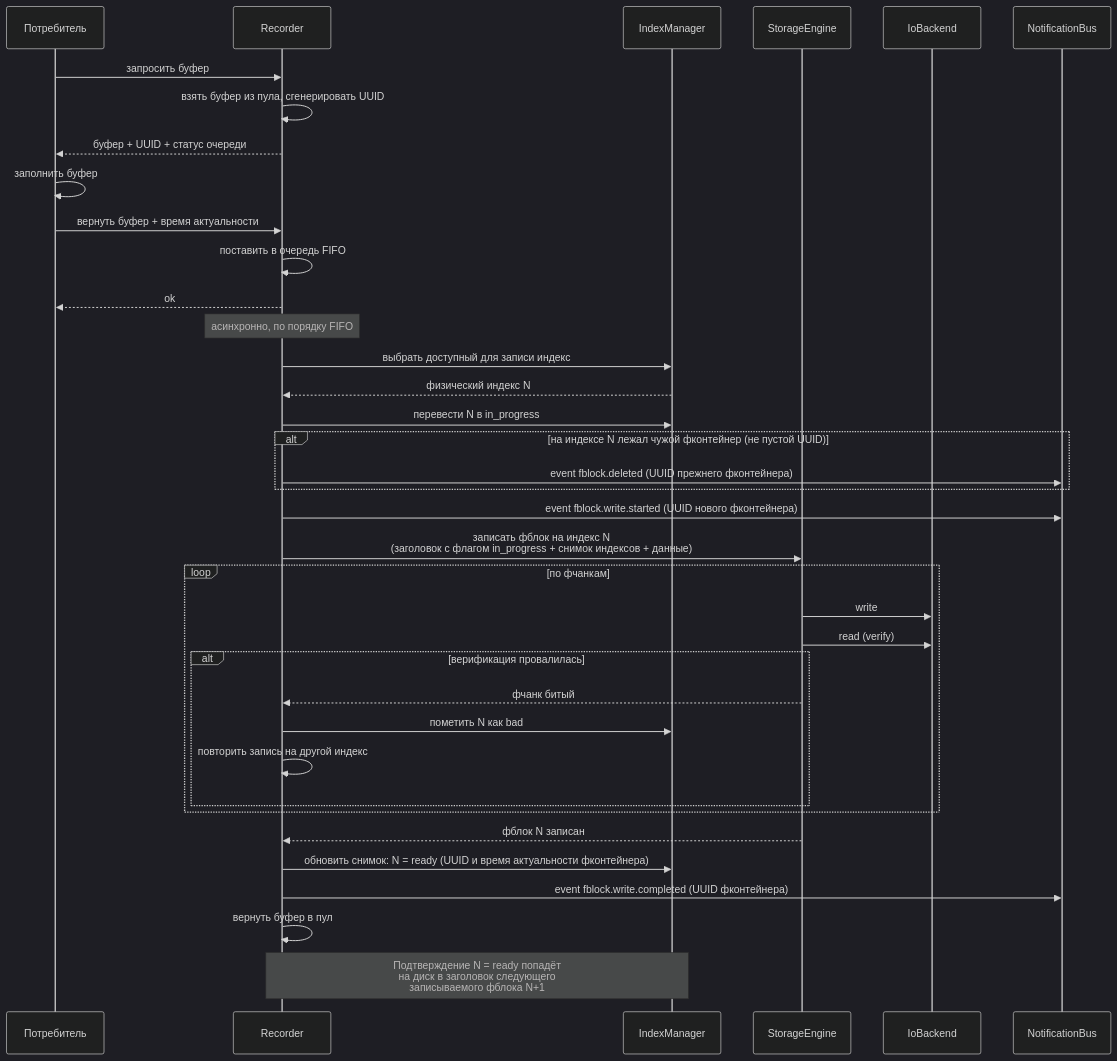
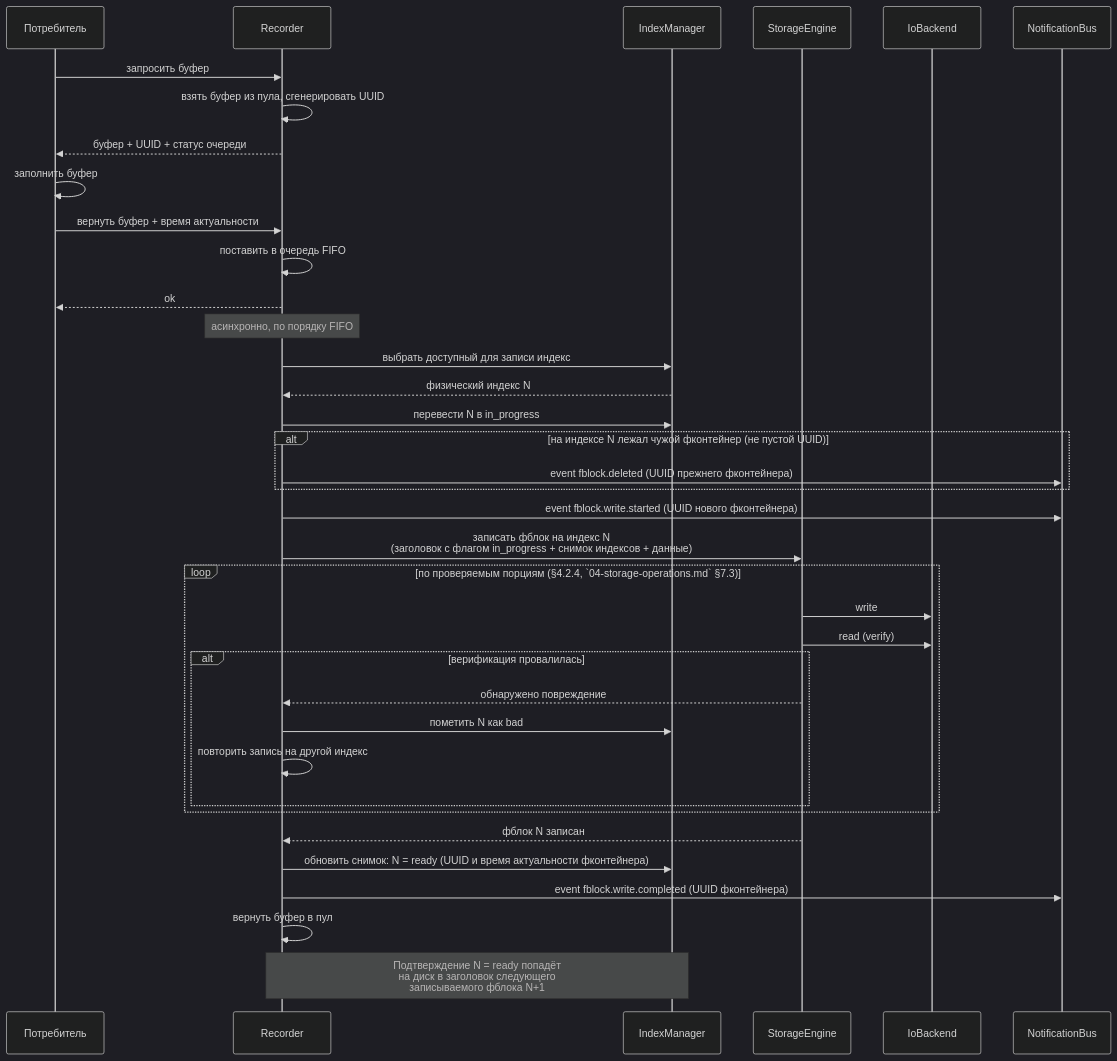
Before and after one commit to traycers/farc: the fifth of 6 diagrams in docs/docs/archive/02-storage.md, drawn with Mermaid (dark theme). The commit also changed other lines of this file and 6 other files, not shown here.

````diff
--- a/docs/docs/archive/02-storage.md
+++ b/docs/docs/archive/02-storage.md
@@ -341,47 +341,47 @@
 ```mermaid
 sequenceDiagram
     participant C as Потребитель
     participant R as Recorder
     participant IM as IndexManager
     participant SE as StorageEngine
     participant IO as IoBackend
     participant NB as NotificationBus
 
     C->>R: запросить буфер
     R->>R: взять буфер из пула, сгенерировать UUID
     R-->>C: буфер + UUID + статус очереди
 
     C->>C: заполнить буфер
     C->>R: вернуть буфер + время актуальности
     R->>R: поставить в очередь FIFO
     R-->>C: ok
 
     Note over R: асинхронно, по порядку FIFO
     R->>IM: выбрать доступный для записи индекс
     IM-->>R: физический индекс N
     R->>IM: перевести N в in_progress
 
     alt на индексе N лежал чужой фконтейнер (не пустой UUID)
         R->>NB: event fblock.deleted (UUID прежнего фконтейнера)
     end
 
     R->>NB: event fblock.write.started (UUID нового фконтейнера)
     R->>SE: записать фблок на индекс N<br/>(заголовок с флагом in_progress + снимок индексов + данные)
 
-    loop по фчанкам
+    loop по проверяемым порциям (§4.2.4, `04-storage-operations.md` §7.3)
         SE->>IO: write
         SE->>IO: read (verify)
         alt верификация провалилась
-            SE-->>R: фчанк битый
+            SE-->>R: обнаружено повреждение
             R->>IM: пометить N как bad
             R->>R: повторить запись на другой индекс
         end
     end
 
     SE-->>R: фблок N записан
     R->>IM: обновить снимок: N = ready (UUID и время актуальности фконтейнера)
     R->>NB: event fblock.write.completed (UUID фконтейнера)
     R->>R: вернуть буфер в пул
 
     Note over R,IM: Подтверждение N = ready попадёт<br/>на диск в заголовок следующего<br/>записываемого фблока N+1
 ```
````
